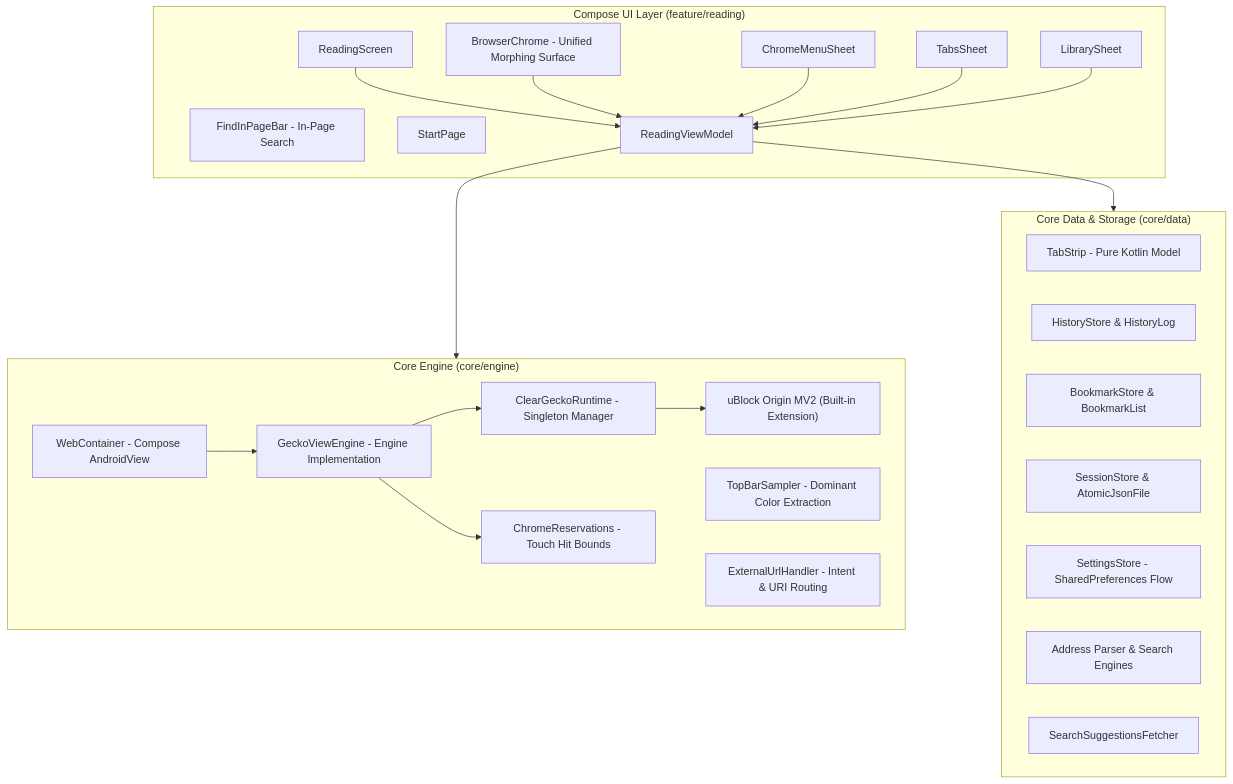
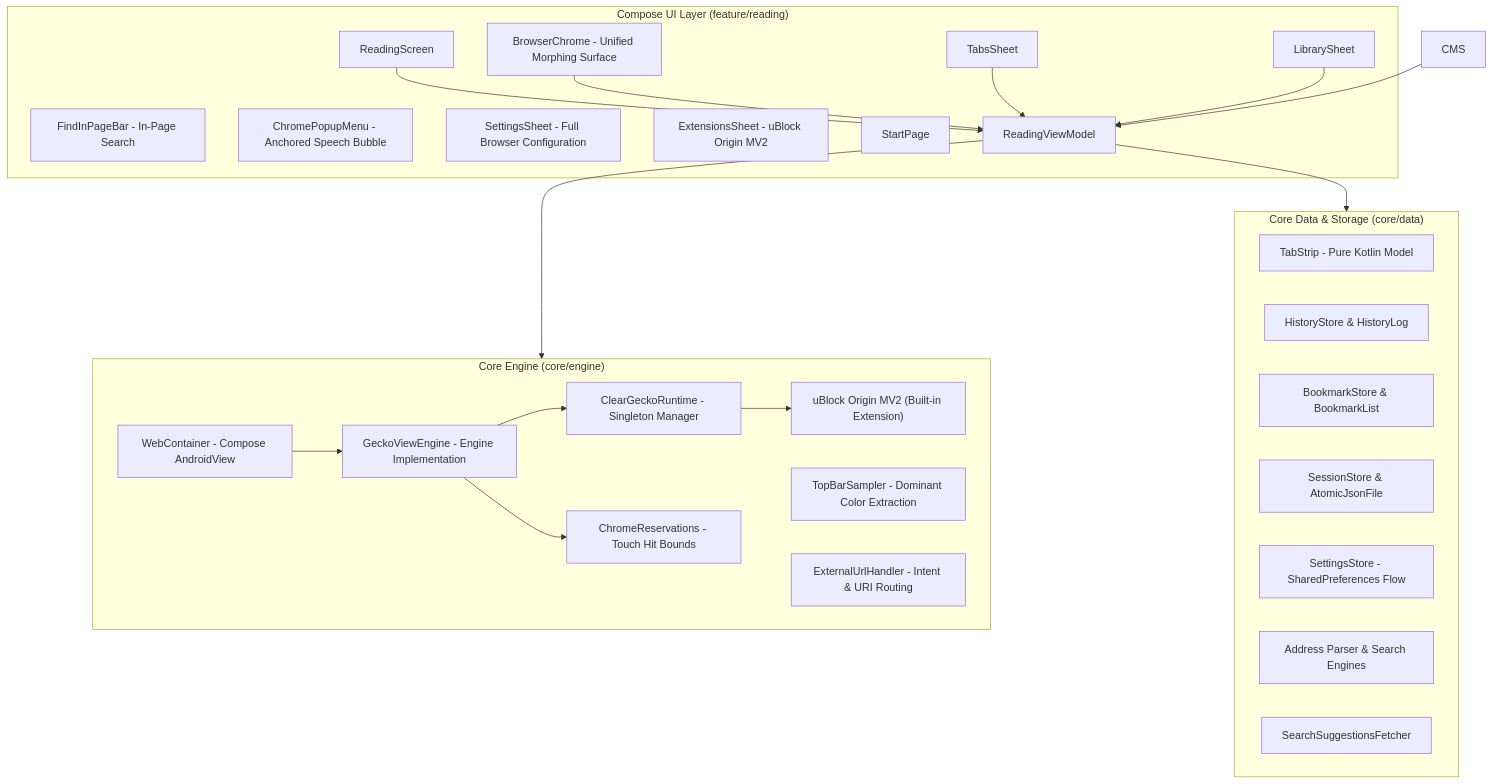
Before and after one commit to vylt-gh/clear-browser: the diagram in README.md, drawn with Mermaid. The commit also changed other lines of this file and 12 other files, not shown here.

First line of the commit message:
Revamp overflow menu into anchored popup bubble and dedicated sheets

````diff
--- a/README.md
+++ b/README.md
@@ -118,45 +118,47 @@
 ```mermaid
 flowchart TD
     subgraph UI ["Compose UI Layer (feature/reading)"]
         RS[ReadingScreen]
         BC[BrowserChrome - Unified Morphing Surface]
         FIPB[FindInPageBar - In-Page Search]
-        CMS[ChromeMenuSheet]
+        CPM[ChromePopupMenu - Anchored Speech Bubble]
+        SS[SettingsSheet - Full Browser Configuration]
+        ES[ExtensionsSheet - uBlock Origin MV2]
         TS[TabsSheet]
         LS[LibrarySheet]
         SP[StartPage]
         RVM[ReadingViewModel]
     end
 
     subgraph CoreEngine ["Core Engine (core/engine)"]
         WC[WebContainer - Compose AndroidView]
         GVE[GeckoViewEngine - Engine Implementation]
         CGR[ClearGeckoRuntime - Singleton Manager]
         uBO["uBlock Origin MV2 (Built-in Extension)"]
         TBS[TopBarSampler - Dominant Color Extraction]
         EUH[ExternalUrlHandler - Intent & URI Routing]
         CR[ChromeReservations - Touch Hit Bounds]
     end
 
     subgraph CoreData ["Core Data & Storage (core/data)"]
         TabStrip[TabStrip - Pure Kotlin Model]
         HistStore[HistoryStore & HistoryLog]
         BookStore[BookmarkStore & BookmarkList]
         SessStore[SessionStore & AtomicJsonFile]
         SettStore[SettingsStore - SharedPreferences Flow]
         Addr[Address Parser & Search Engines]
         Sugg[SearchSuggestionsFetcher]
     end
 
     RS --> RVM
     BC --> RVM
     CMS --> RVM
     TS --> RVM
     LS --> RVM
     RVM --> CoreEngine
     RVM --> CoreData
     WC --> GVE
     GVE --> CGR
     CGR --> uBO
     GVE --> CR
 ```
````
